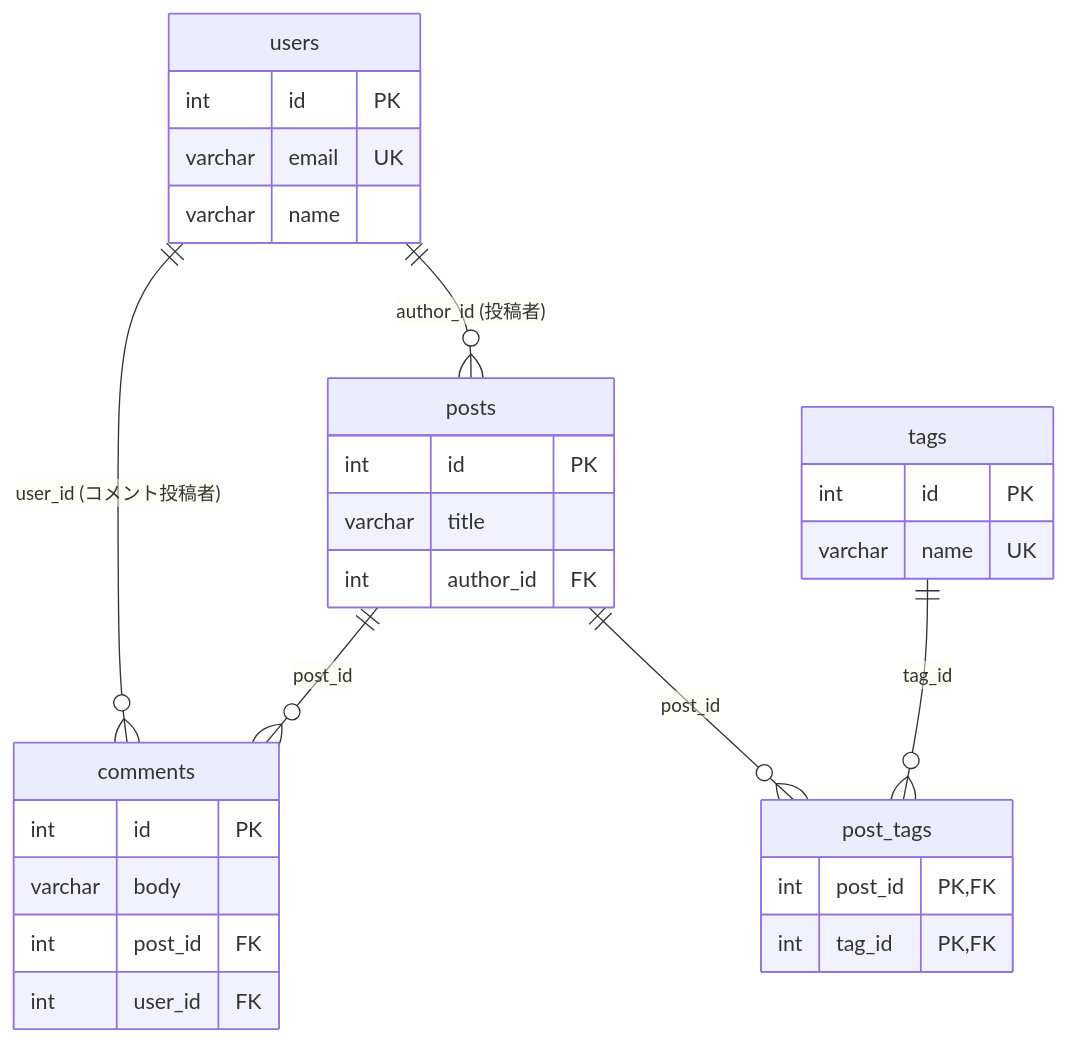
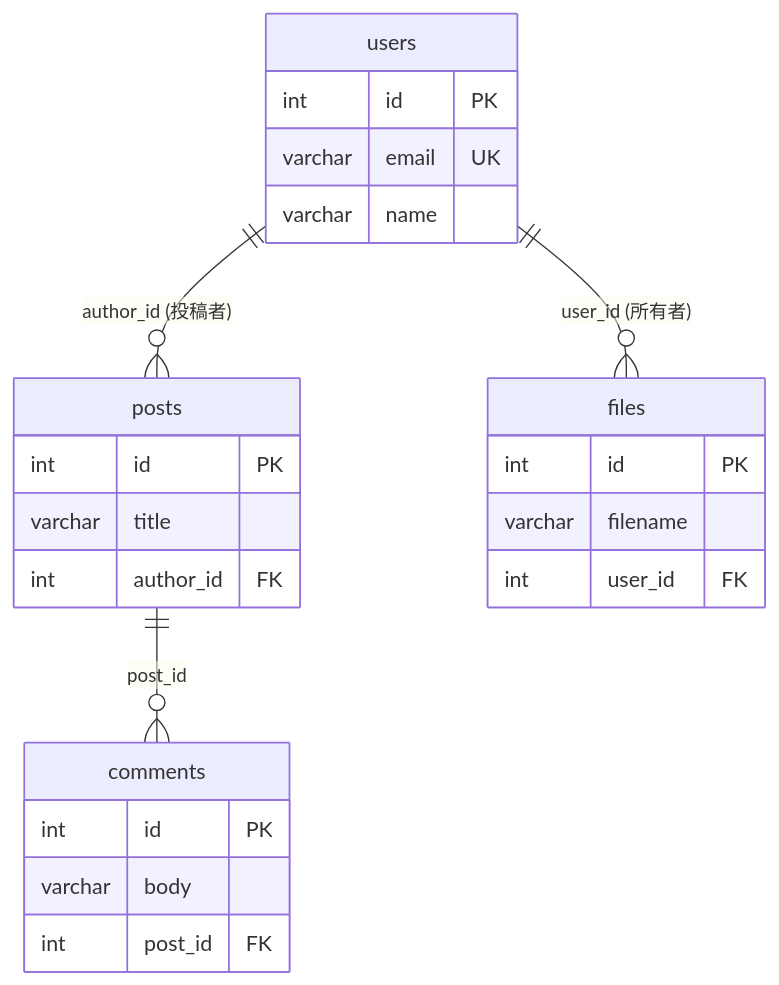
The first of 3 diagrams in articles/cartesian-product-doctrine-orm.md (mconfjp/zenn), drawn with Mermaid before and after one commit. The commit also changed other lines of this file, not shown here.

````diff
--- a/articles/cartesian-product-doctrine-orm.md
+++ b/articles/cartesian-product-doctrine-orm.md
@@ -59,38 +65,30 @@
 ```mermaid
 erDiagram
     users {
         int id PK
         varchar email UK
         varchar name
-    }
-
-    tags {
-        int id PK
-        varchar name UK
     }
 
     posts {
         int id PK
         varchar title
         int author_id FK
     }
 
     comments {
         int id PK
         varchar body
         int post_id FK
+    }
+
+    files {
+        int id PK
+        varchar filename
         int user_id FK
     }
 
-    post_tags {
-        int post_id PK,FK
-        int tag_id PK,FK
-    }
-
-    users    ||--o{ posts    : "author_id (投稿者)"
-    users    ||--o{ comments : "user_id (コメント投稿者)"
-    posts    ||--o{ comments : "post_id"
-    posts    ||--o{ post_tags : "post_id"
-    tags     ||--o{ post_tags : "tag_id"
-
+    users ||--o{ posts    : "author_id (投稿者)"
+    users ||--o{ files    : "user_id (所有者)"
+    posts ||--o{ comments : "post_id"
 ```
````
